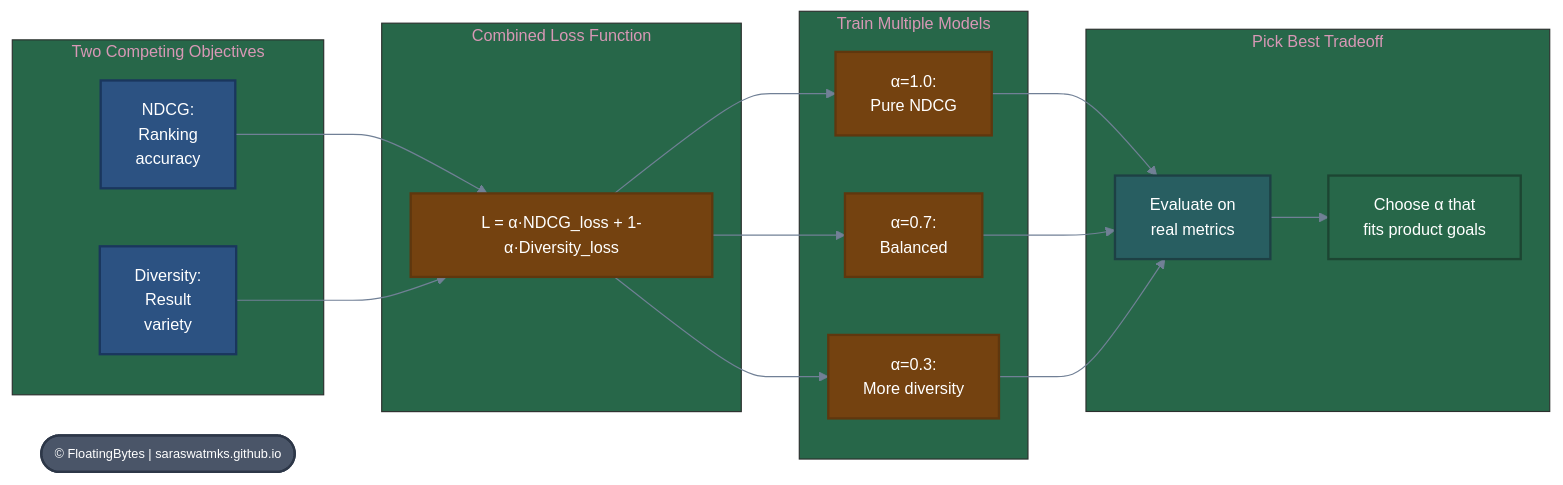
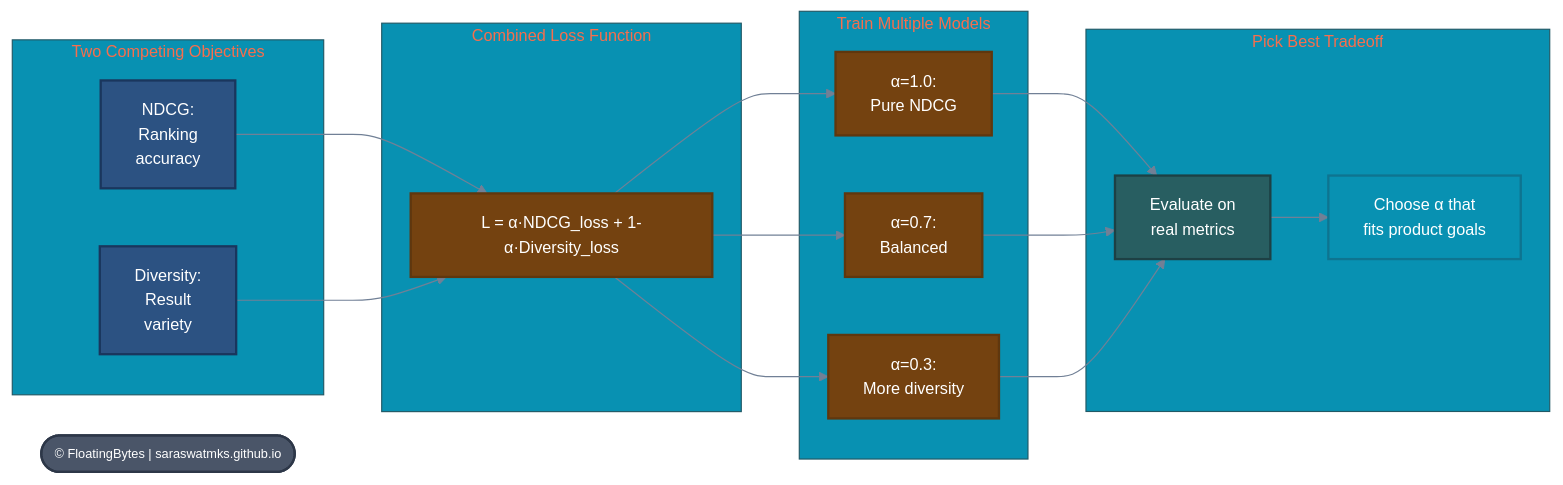
Before and after one commit to saraswatmks/saraswatmks.github.com: the third of 4 diagrams in _posts/2026/2026-02-07-lightgbm_pairwise_lambdarank.md, drawn with Mermaid. The commit also changed other lines of this file, not shown here.

Commit message:
Fix Mermaid colors and LaTeX rendering

````diff
--- a/_posts/2026/2026-02-07-lightgbm_pairwise_lambdarank.md
+++ b/_posts/2026/2026-02-07-lightgbm_pairwise_lambdarank.md
@@ -220,58 +220,58 @@
 ```mermaid
 %%{init: {
   'theme': 'base',
   'themeVariables': {
     'primaryColor': '#2C5282',
     'primaryTextColor': '#FFFFFF',
     'primaryBorderColor': '#1A365D',
     'lineColor': '#718096',
     'secondaryColor': '#744210',
-    'tertiaryColor': '#276749',
+    'tertiaryColor': '#0891B2',
     'fontSize': '14px',
     'fontFamily': 'system-ui, -apple-system, sans-serif'
   }
 }}%%
 
 graph LR
     subgraph Objectives["Two Competing Objectives"]
         A[NDCG:<br/>Ranking<br/>accuracy]
         B[Diversity:<br/>Result<br/>variety]
     end
 
     subgraph Loss["Combined Loss Function"]
         C["L = α·NDCG_loss + 1-α·Diversity_loss"]
     end
 
     subgraph Models["Train Multiple Models"]
         D1[α=1.0:<br/>Pure NDCG]
         D2[α=0.7:<br/>Balanced]
         D3[α=0.3:<br/>More diversity]
     end
 
     subgraph Pareto["Pick Best Tradeoff"]
         E[Evaluate on<br/>real metrics]
         F[Choose α that<br/>fits product goals]
     end
 
     A --> C
     B --> C
     C --> D1
     C --> D2
     C --> D3
     D1 --> E
     D2 --> E
     D3 --> E
     E --> F
 
     WM(["© FloatingBytes | saraswatmks.github.io"])
 
     style A fill:#2C5282,stroke:#1A365D,stroke-width:2px,color:#FFFFFF
     style B fill:#2C5282,stroke:#1A365D,stroke-width:2px,color:#FFFFFF
     style C fill:#744210,stroke:#5F370E,stroke-width:2px,color:#FFFFFF
     style D1 fill:#744210,stroke:#5F370E,stroke-width:2px,color:#FFFFFF
     style D2 fill:#744210,stroke:#5F370E,stroke-width:2px,color:#FFFFFF
     style D3 fill:#744210,stroke:#5F370E,stroke-width:2px,color:#FFFFFF
     style E fill:#285E61,stroke:#1D4044,stroke-width:2px,color:#FFFFFF
-    style F fill:#276749,stroke:#1C4532,stroke-width:2px,color:#FFFFFF
+    style F fill:#0891B2,stroke:#0E7490,stroke-width:2px,color:#FFFFFF
     style WM fill:#4A5568,stroke:#2D3748,stroke-width:2px,color:#FFFFFF,font-size:11px
 ```
````
